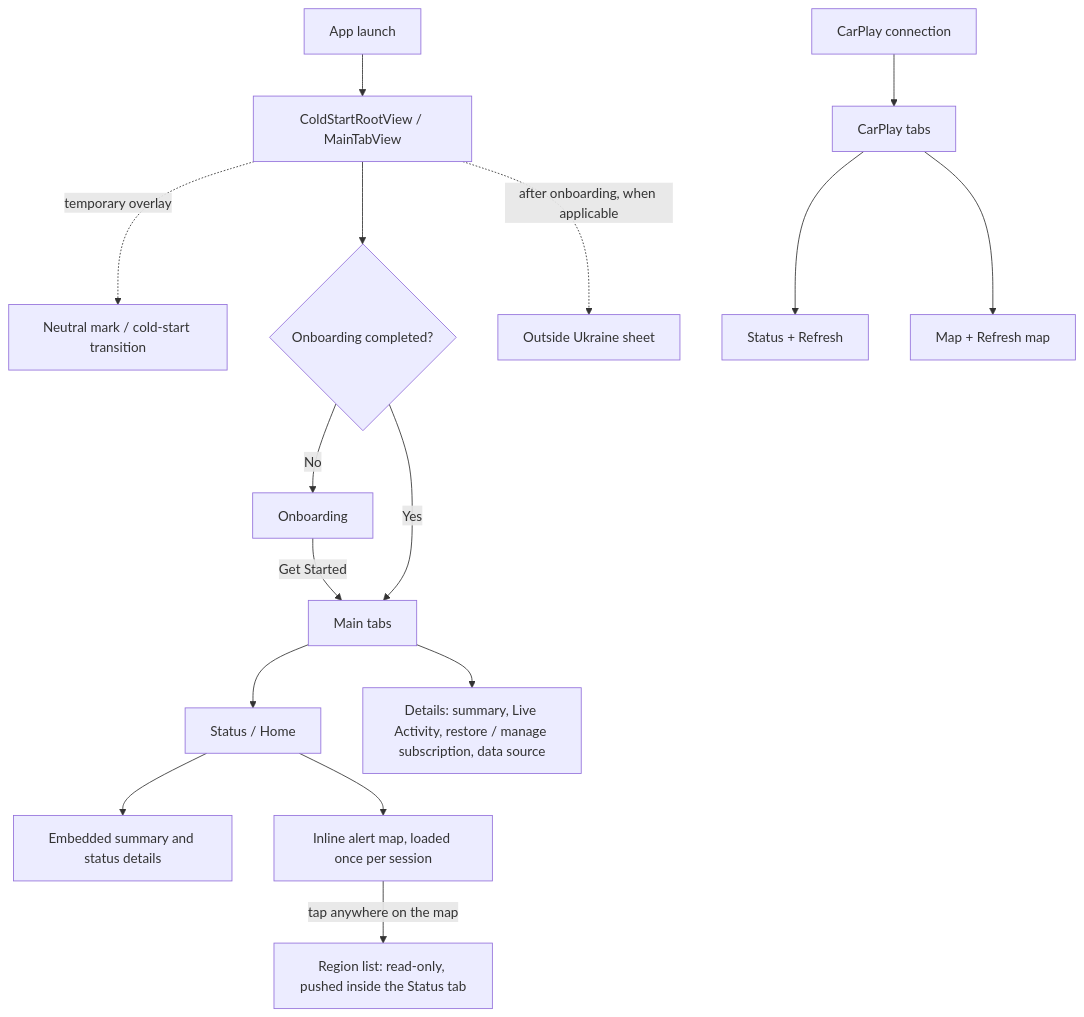
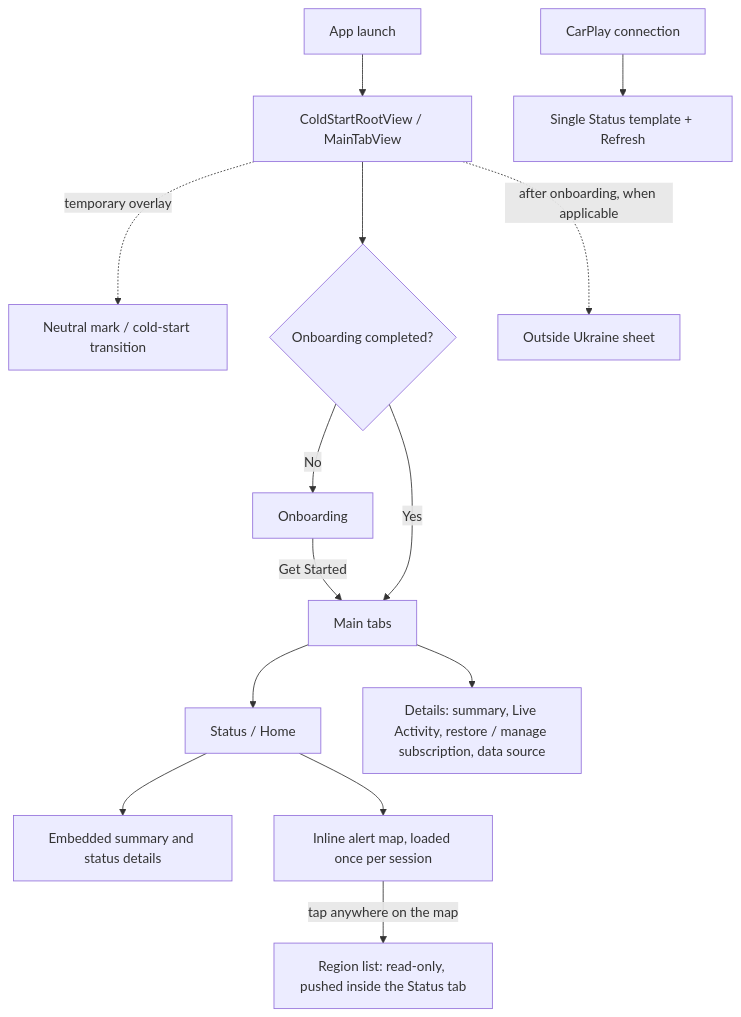
One commit to vil4max/regional-check changed the second of 3 diagrams in docs/engineering/project-map.md. Above: the diagram before and after it, drawn with Mermaid. The commit also changed other lines of this file and 2 other files, not shown here.

First line of the commit message:
docs: align the project map and architecture with the code

````diff
--- a/docs/engineering/project-map.md
+++ b/docs/engineering/project-map.md
@@ -44,18 +43,16 @@
 ```mermaid
 flowchart TD
     Launch[App launch] --> Root[ColdStartRootView / MainTabView]
     Root -. temporary overlay .-> Cold[Neutral mark / cold-start transition]
     Root --> First{Onboarding completed?}
     First -->|No| Onboarding[Onboarding]
     Onboarding -->|Get Started| Tabs[Main tabs]
     First -->|Yes| Tabs
     Tabs --> Status[Status / Home]
     Status --> Summary[Embedded summary and status details]
     Status --> Map[Inline alert map, loaded once per session]
     Tabs --> Details[Details: summary, Live Activity, restore / manage subscription, data source]
     Map -->|tap anywhere on the map| RegionList[Region list: read-only, pushed inside the Status tab]
     Root -. after onboarding, when applicable .-> Outside[Outside Ukraine sheet]
-    Connect[CarPlay connection] --> CPTabs[CarPlay tabs]
-    CPTabs --> CPStatus[Status + Refresh]
-    CPTabs --> CPMap[Map + Refresh map]
+    Connect[CarPlay connection] --> CPStatus[Single Status template + Refresh]
 ```
````
